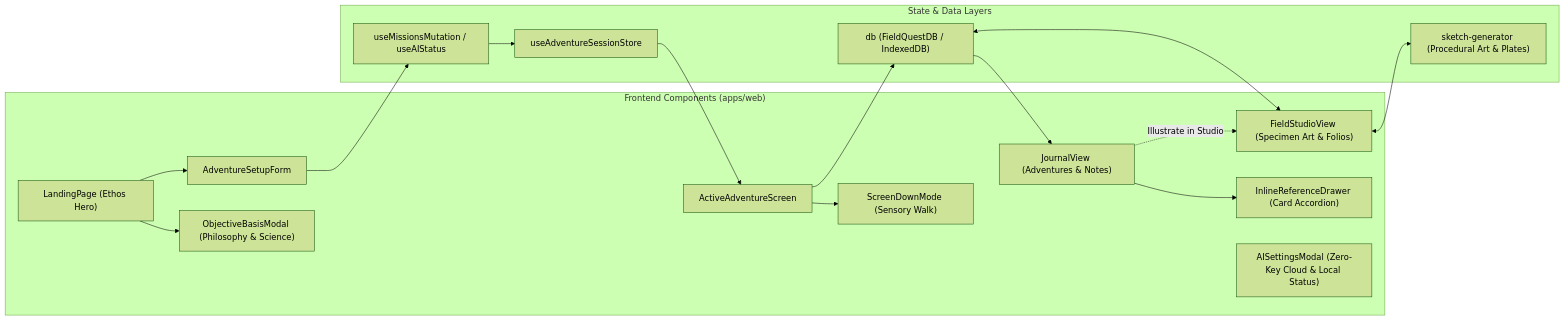
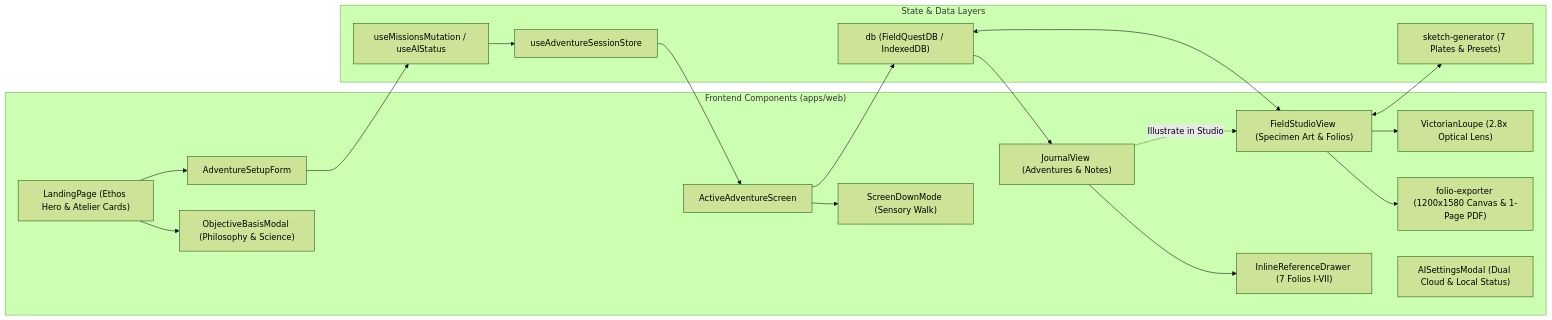
One commit to arnab825/FieldQuest changed the second of 5 diagrams in docs/ARCHITECTURE.md. Above: the diagram before and after it, drawn with Mermaid (forest theme). The commit also changed other lines of this file and 7 other files, not shown here.

````diff
--- a/docs/ARCHITECTURE.md
+++ b/docs/ARCHITECTURE.md
@@ -58,34 +59,38 @@
 ```mermaid
 graph LR
     subgraph Frontend_Components["Frontend Components (apps/web)"]
-        Landing["LandingPage (Ethos Hero)"]
+        Landing["LandingPage (Ethos Hero & Atelier Cards)"]
         Setup["AdventureSetupForm"]
         Active["ActiveAdventureScreen"]
         ScreenDown["ScreenDownMode (Sensory Walk)"]
         Journal["JournalView (Adventures & Notes)"]
         Studio["FieldStudioView (Specimen Art & Folios)"]
-        PlateDrawer["InlineReferenceDrawer (Card Accordion)"]
+        Loupe["VictorianLoupe (2.8x Optical Lens)"]
+        FolioExport["folio-exporter (1200x1580 Canvas & 1-Page PDF)"]
+        PlateDrawer["InlineReferenceDrawer (7 Folios I-VII)"]
         Philosophy["ObjectiveBasisModal (Philosophy & Science)"]
-        Settings["AISettingsModal (Zero-Key Cloud & Local Status)"]
+        Settings["AISettingsModal (Dual Cloud & Local Status)"]
     end
     
     subgraph State_Management["State & Data Layers"]
         ZustandSession["useAdventureSessionStore"]
         DexieDB["db (FieldQuestDB / IndexedDB)"]
-        SketchGen["sketch-generator (Procedural Art & Plates)"]
+        SketchGen["sketch-generator (7 Plates & Presets)"]
         QueryHooks["useMissionsMutation / useAIStatus"]
     end
     
     Landing --> Setup
     Landing --> Philosophy
     Setup --> QueryHooks
     QueryHooks --> ZustandSession
     ZustandSession --> Active
     Active --> ScreenDown
     Active --> DexieDB
     DexieDB --> Journal
     Journal --> PlateDrawer
     Journal -.->|Illustrate in Studio| Studio
+    Studio --> Loupe
+    Studio --> FolioExport
     Studio <--> DexieDB
     Studio <--> SketchGen
 ```
````
